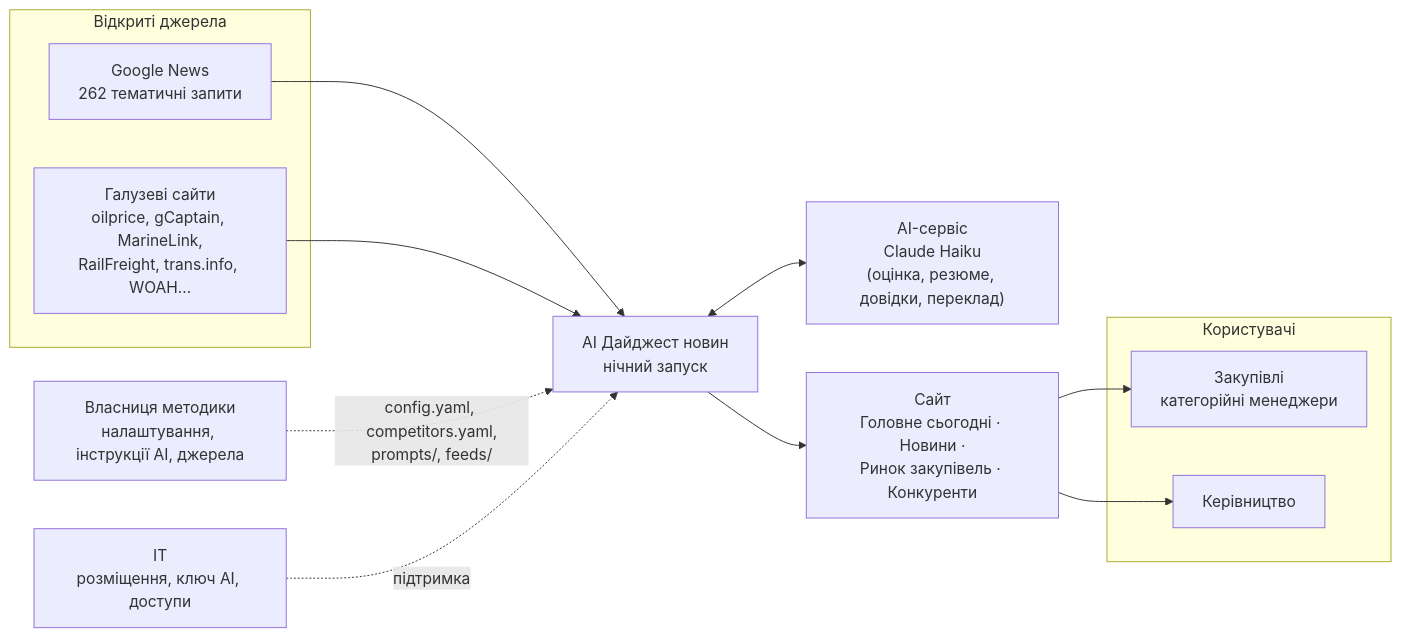
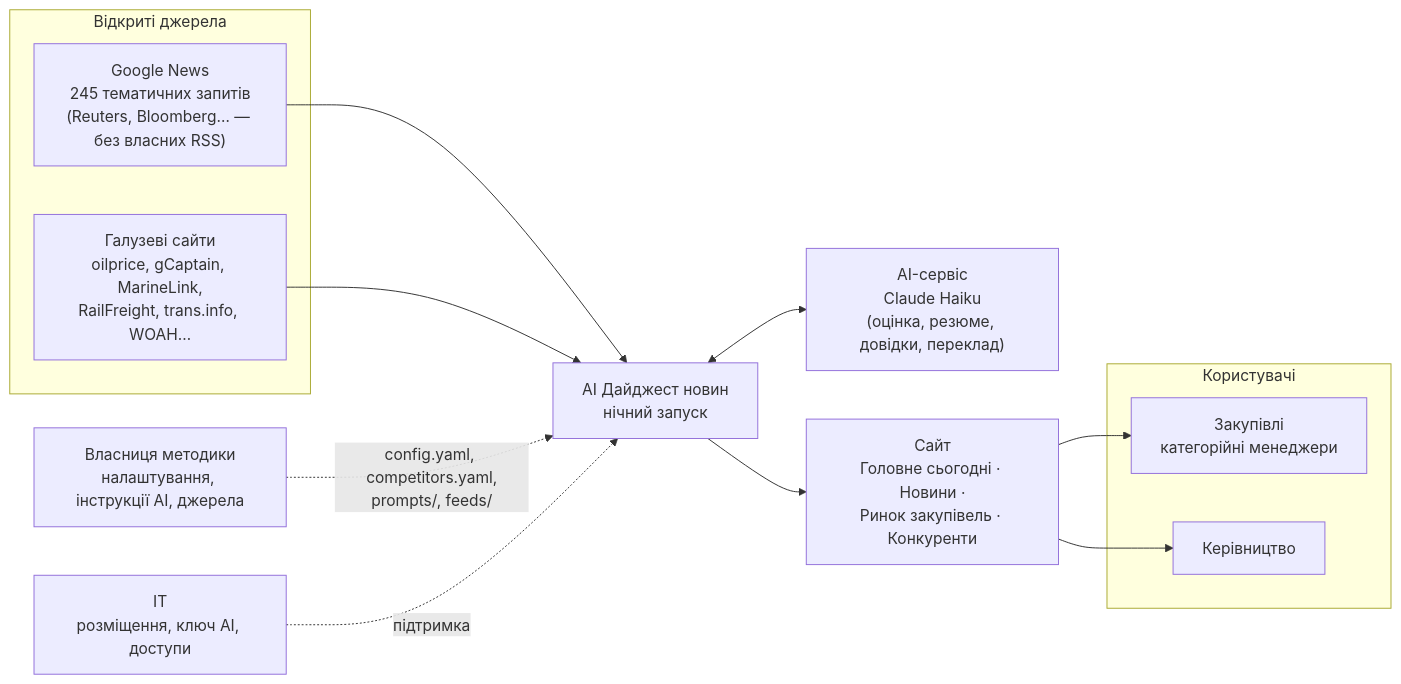
Before and after one commit to DavydenkoYuliya/news-digest: the first of 7 diagrams in docs/2-arhitektura.md, drawn with Mermaid. The commit also changed other lines of this file and 2 other files, not shown here.

Commit message:
Джерела: точна кількість стрічок і чому Google News

````diff
--- a/docs/2-arhitektura.md
+++ b/docs/2-arhitektura.md
@@ -19,30 +19,30 @@
 ```mermaid
 flowchart LR
     subgraph SRC["Відкриті джерела"]
-        GN["Google News<br/>262 тематичні запити"]
+        GN["Google News<br/>245 тематичних запитів<br/>(Reuters, Bloomberg… — без власних RSS)"]
         SITES["Галузеві сайти<br/>oilprice, gCaptain, MarineLink,<br/>RailFreight, trans.info, WOAH…"]
     end
 
     AI["AI-сервіс<br/>Claude Haiku<br/>(оцінка, резюме, довідки, переклад)"]
 
     TOOL["AI Дайджест новин<br/>нічний запуск"]
 
     SITE["Сайт<br/>Головне сьогодні · Новини ·<br/>Ринок закупівель · Конкуренти"]
 
     subgraph USERS["Користувачі"]
         PROC["Закупівлі<br/>категорійні менеджери"]
         MGMT["Керівництво"]
     end
 
     OWNER["Власниця методики<br/>налаштування, інструкції AI, джерела"]
     IT["ІТ<br/>розміщення, ключ AI, доступи"]
 
     GN --> TOOL
     SITES --> TOOL
     TOOL <--> AI
     TOOL --> SITE
     SITE --> PROC
     SITE --> MGMT
     OWNER -. "config.yaml, competitors.yaml,<br/>prompts/, feeds/" .-> TOOL
     IT -. "підтримка" .-> TOOL
 ```
````
